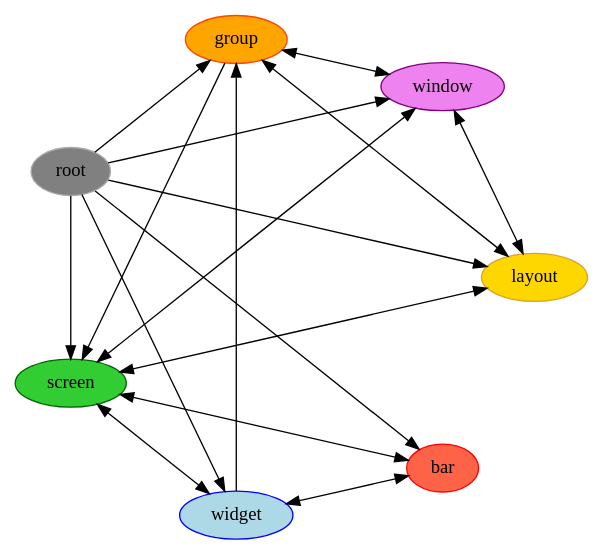
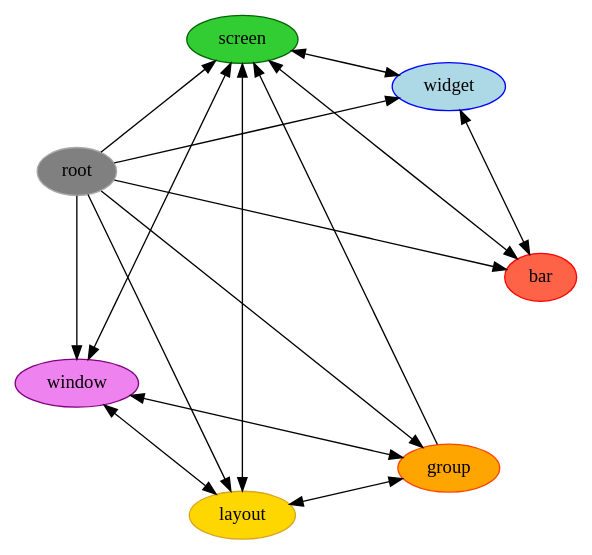
One commit to qtile/qtile changed the diagram in docs/_static/diagrams/object-graph-orig.dot. Above: the diagram before and after it, drawn with Graphviz. The commit also changed 2 other files, not shown here.

Commit message:
Fix widget's graph connections
Widget should be able to access screen and bar in the graph but
group should not be accessible.

```diff
--- a/docs/_static/diagrams/object-graph-orig.dot
+++ b/docs/_static/diagrams/object-graph-orig.dot
@@ -1,48 +1,46 @@
 digraph G {
     layout = circo;
     root = "root";
     splines = true;
 
     node [style="filled", color=DarkGray, fillcolor=Gray, label="root"];
     root;
 
     node [style="filled", color=Red, fillcolor=Tomato, label="bar"];
     bar;
 
     node [style="filled", color=OrangeRed, fillcolor=Orange, label="group"];
     group;
 
     node [style="filled", color=Goldenrod, fillcolor=Gold, label="layout"]
     layout;
 
     node [style="filled", color=DarkGreen, fillcolor=LimeGreen, label="screen"];
     screen;
 
     node [style="filled", color=Blue, fillcolor=LightBlue, label="widget"];
     widget;
 
     node [style="filled", color=Purple, fillcolor=Violet, label="window"];
     window;
 
     root -> bar;
     root -> group;
     root -> layout;
     root -> screen;
     root -> widget;
     root -> window;
 
     bar -> screen [dir=both];
     bar -> widget [dir=both];
 
     group -> layout [dir=both];
     group -> screen;
     group -> window [dir=both];
 
     layout -> screen [dir=both];
     layout -> window [dir=both];
 
     screen -> window [dir=both];
     screen -> widget [dir=both];
-
-    widget -> group;
 }
```
